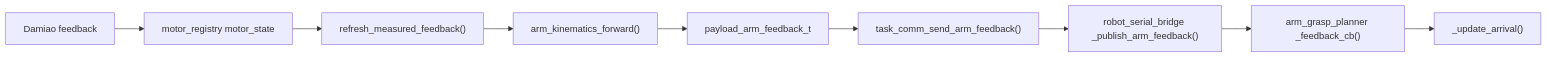
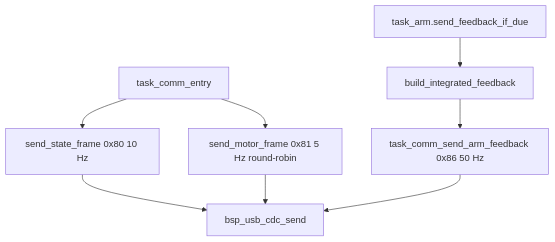
The fourth of 4 diagrams in docs/unified_control_code_map.md (perfectYYY/FengMH), drawn with Mermaid before and after one commit. The commit also changed other lines of this file and 11 other files, not shown here.

````diff
--- a/docs/unified_control_code_map.md
+++ b/docs/unified_control_code_map.md
@@ -512,11 +132,10 @@
 ```mermaid
-flowchart LR
-    DAMIAO["Damiao feedback"] --> REG["motor_registry motor_state"]
-    REG --> ARMCTL["refresh_measured_feedback()"]
-    ARMCTL --> FK["arm_kinematics_forward()"]
-    FK --> PAYLOAD["payload_arm_feedback_t"]
-    PAYLOAD --> TX86["task_comm_send_arm_feedback()"]
-    TX86 --> HOSTBR["robot_serial_bridge _publish_arm_feedback()"]
-    HOSTBR --> ARMHOST["arm_grasp_planner _feedback_cb()"]
-    ARMHOST --> ARRIVAL["_update_arrival()"]
+flowchart TD
+    COMM_TASK["task_comm_entry"] --> STATE["send_state_frame 0x80 10 Hz"]
+    COMM_TASK --> MOTOR["send_motor_frame 0x81 5 Hz round-robin"]
+    ARM_TASK["task_arm.send_feedback_if_due"] --> BUILD["build_integrated_feedback"]
+    BUILD --> FB["task_comm_send_arm_feedback 0x86 50 Hz"]
+    STATE --> USB["bsp_usb_cdc_send"]
+    MOTOR --> USB
+    FB --> USB
 ```
````
